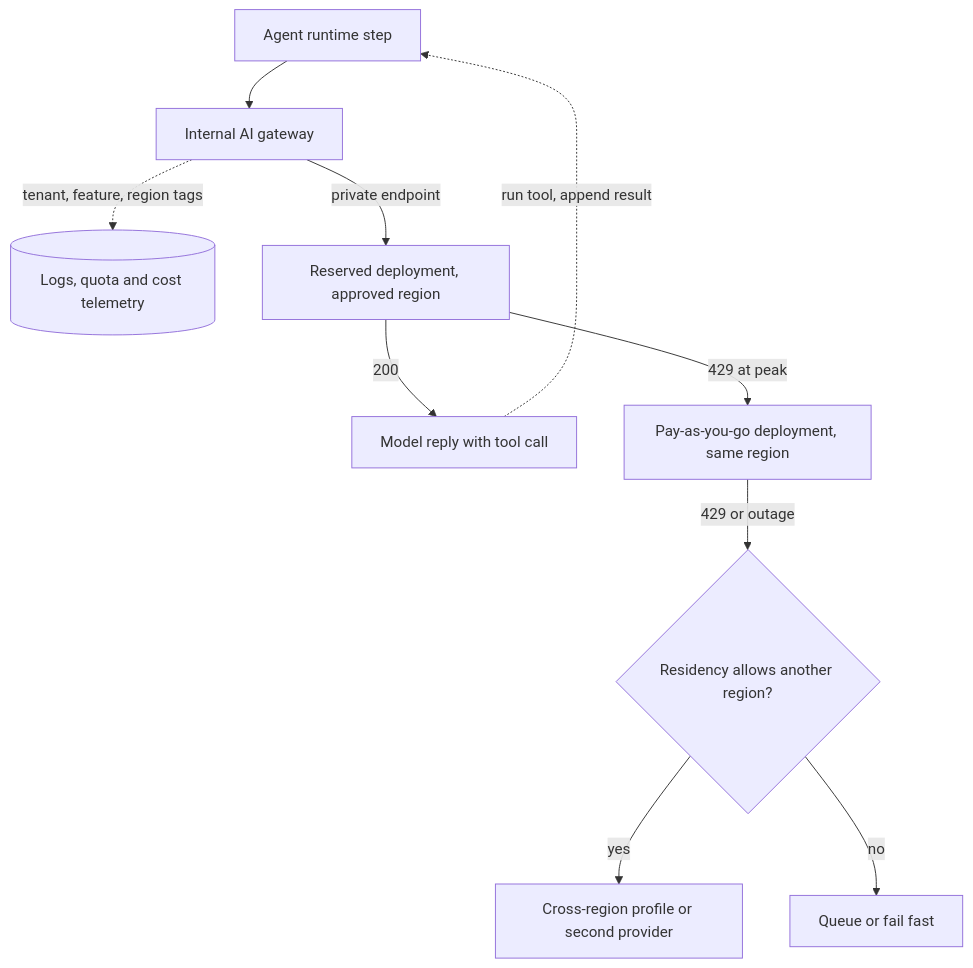
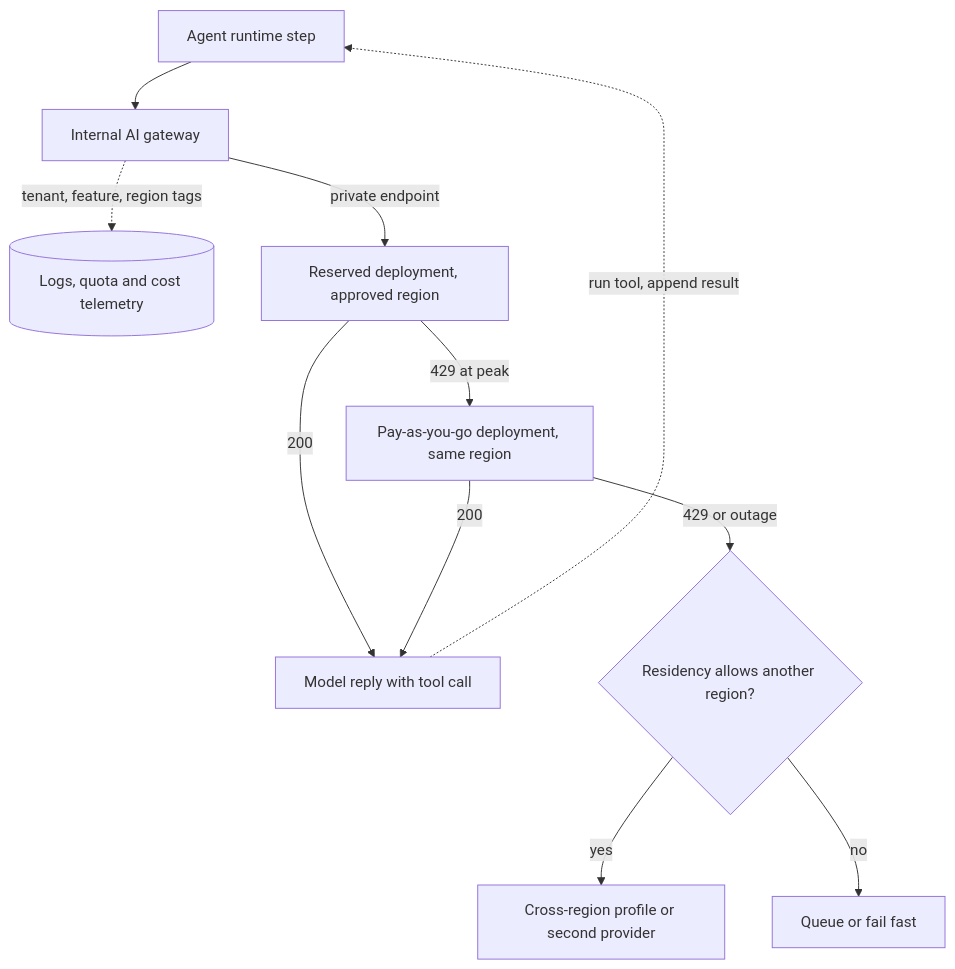
The diagram in content/infra-capacity-economics/cloud-ai-architecture.md (lovishmahajan97/agentic-learning), drawn with Mermaid before and after one commit. The commit also changed 454 other files, not shown here.

````diff
--- a/content/infra-capacity-economics/cloud-ai-architecture.md
+++ b/content/infra-capacity-economics/cloud-ai-architecture.md
@@ -184,12 +184,13 @@
 ```mermaid
 flowchart TD
     A["Agent runtime step"] --> G["Internal AI gateway"]
     R2["Model reply with tool call"] -.->|"run tool, append result"| A
     G -.->|"tenant, feature, region tags"| T[("Logs, quota and cost telemetry")]
     G -->|"private endpoint"| R["Reserved deployment, approved region"]
     R -->|"200"| R2
     R -->|"429 at peak"| P["Pay-as-you-go deployment, same region"]
+    P -->|"200"| R2
     P -->|"429 or outage"| F{"Residency allows another region?"}
     F -->|"yes"| X["Cross-region profile or second provider"]
     F -->|"no"| Q["Queue or fail fast"]
 ```
````
